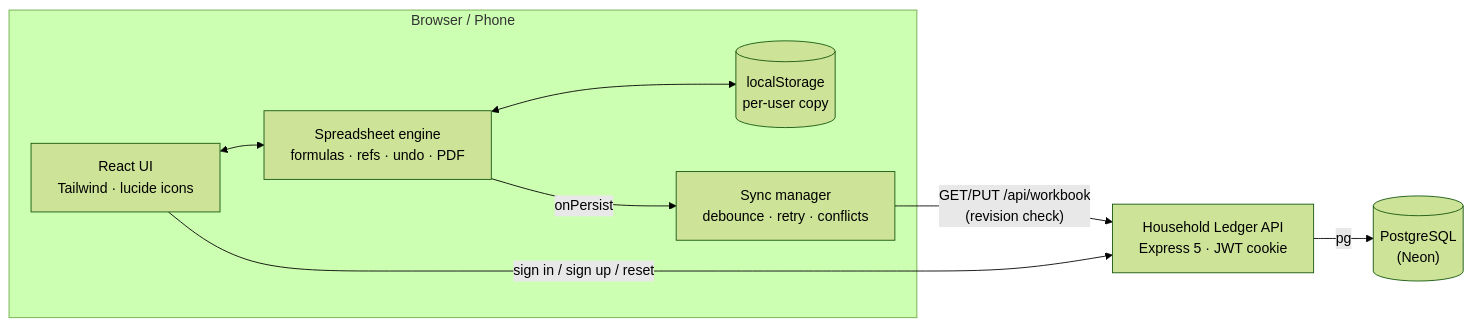
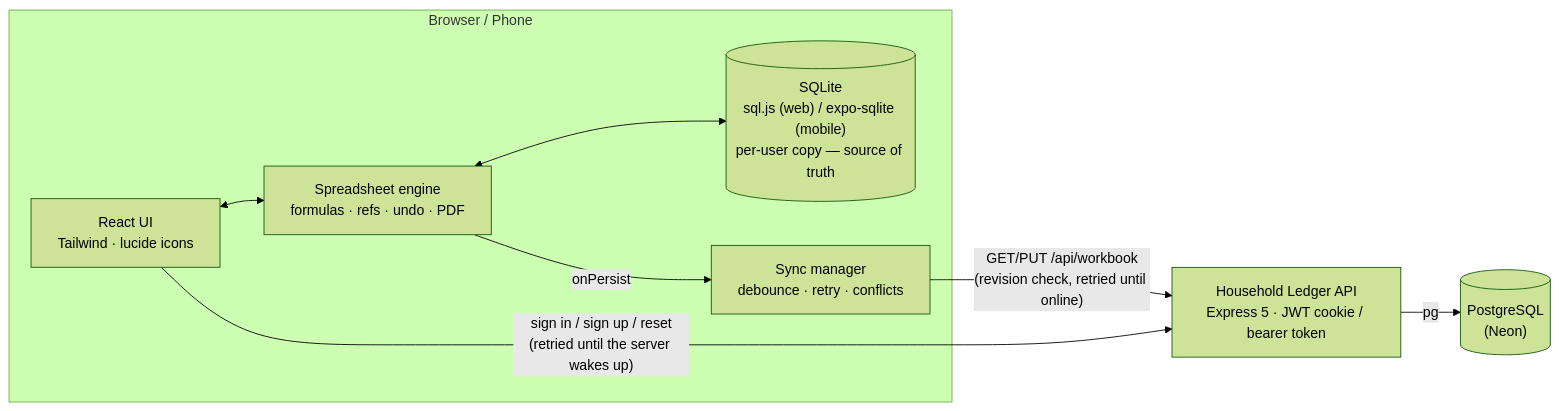
One commit to Farhan0140/Excel-Lite changed the first of 2 diagrams in README.md. Above: the diagram before and after it, drawn with Mermaid (forest theme). The commit also changed other lines of this file and 7 other files, not shown here.

Commit message:
Implement SQLite storage for offline data management and enhance server wake-up handling

````diff
--- a/README.md
+++ b/README.md
@@ -78,19 +79,19 @@
 ```mermaid
 flowchart LR
     subgraph Browser["Browser / Phone"]
         UI["React UI<br/>Tailwind · lucide icons"]
         Engine["Spreadsheet engine<br/>formulas · refs · undo · PDF"]
-        Local[("localStorage<br/>per-user copy")]
+        Local[("SQLite<br/>sql.js (web) / expo-sqlite (mobile)<br/>per-user copy — source of truth")]
         Sync["Sync manager<br/>debounce · retry · conflicts"]
     end
 
-    API["Household Ledger API<br/>Express 5 · JWT cookie"]
+    API["Household Ledger API<br/>Express 5 · JWT cookie / bearer token"]
     DB[("PostgreSQL<br/>(Neon)")]
 
     UI <--> Engine
     Engine <--> Local
     Engine -- "onPersist" --> Sync
-    Sync -- "GET/PUT /api/workbook<br/>(revision check)" --> API
-    UI -- "sign in / sign up / reset" --> API
+    Sync -- "GET/PUT /api/workbook<br/>(revision check, retried until online)" --> API
+    UI -- "sign in / sign up / reset<br/>(retried until the server wakes up)" --> API
     API -- pg --> DB
 ```
````
